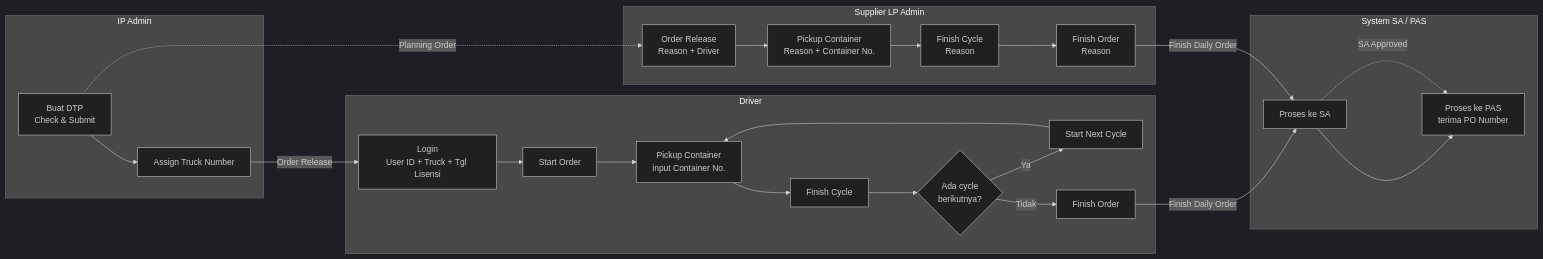
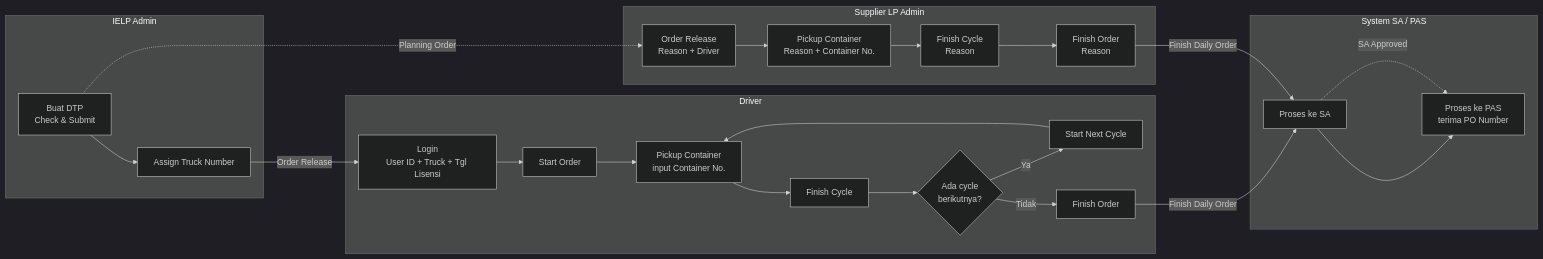
Before and after one commit to santo-san/tc-pbr: the first of 4 diagrams in docs/daily-monitoring-rules.md, drawn with Mermaid (dark theme). The commit also changed other lines of this file and 64 other files, not shown here.

First line of the commit message:
Rename role 'IP Admin' to 'IELP Admin' everywhere

````diff
--- a/docs/daily-monitoring-rules.md
+++ b/docs/daily-monitoring-rules.md
@@ -85,26 +85,26 @@
 ```mermaid
 flowchart LR
-  subgraph IP["IP Admin"]
+  subgraph IP["IELP Admin"]
     A1["Buat DTP<br/>Check & Submit"] --> A2["Assign Truck Number"]
   end
   subgraph DRV["Driver"]
     D1["Login<br/>User ID + Truck + Tgl Lisensi"] --> D2["Start Order"]
     D2 --> D3["Pickup Container<br/>input Container No."]
     D3 --> D4["Finish Cycle"]
     D4 --> D5{"Ada cycle<br/>berikutnya?"}
     D5 -- "Ya" --> D6["Start Next Cycle"] --> D3
     D5 -- "Tidak" --> D7["Finish Order"]
   end
   subgraph LP["Supplier LP Admin"]
     L1["Order Release<br/>Reason + Driver"] --> L2["Pickup Container<br/>Reason + Container No."]
     L2 --> L3["Finish Cycle<br/>Reason"] --> L4["Finish Order<br/>Reason"]
   end
   subgraph SYS["System SA / PAS"]
     S1["Proses ke SA"] --> S2["Proses ke PAS<br/>terima PO Number"]
   end
   A1 -. "Planning Order" .-> L1
   A2 -- "Order Release" --> D1
   D7 -- "Finish Daily Order" --> S1
   L4 -- "Finish Daily Order" --> S1
   S1 -. "SA Approved" .-> S2
 ```
````
